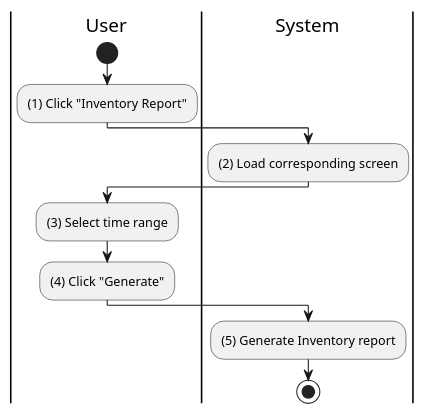
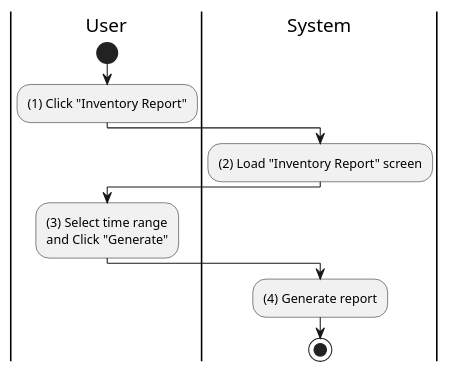
The diagram in activities/inventory-generate-report.plantuml (phihungha/scmss-reqs), drawn with PlantUML before and after one commit. The commit also changed 13 other files, not shown here.

```diff
--- a/activities/inventory-generate-report.plantuml
+++ b/activities/inventory-generate-report.plantuml
@@ -1,19 +1,18 @@
 @startuml inventory-generate-report
 |u|User
 |s|System
 
 |u|
 start
 :(1) Click "Inventory Report";
 
 |s|
-:(2) Load corresponding screen;
+:(2) Load "Inventory Report" screen;
 
 |u|
-:(3) Select time range;
-:(4) Click "Generate";
+:(3) Select time range\nand Click "Generate";
 
 |s|
-:(5) Generate Inventory report;
+:(4) Generate report;
 stop
 @enduml
```
